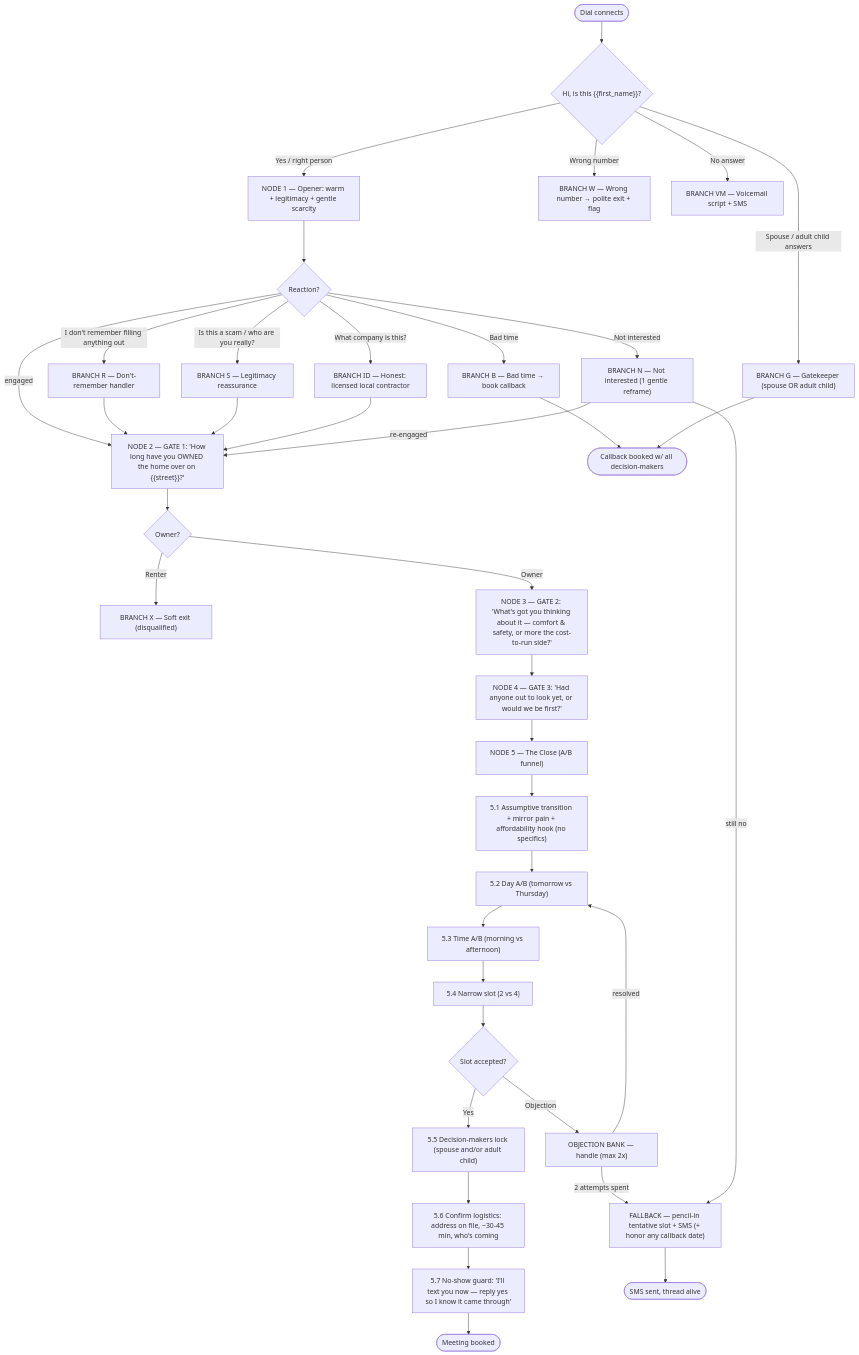
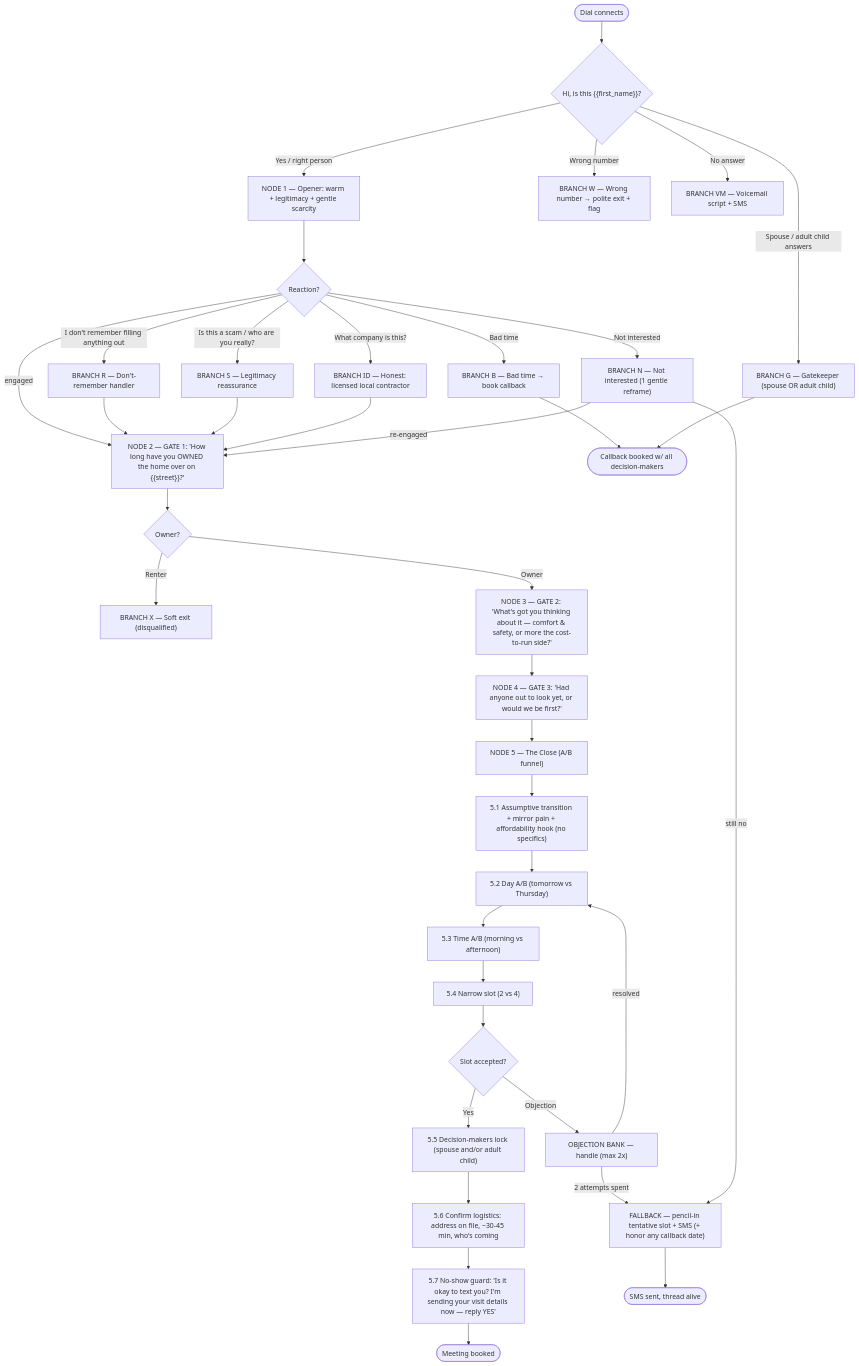
The diagram in docs/plans/voip-campaigns/senior-residential-assistance-booking-call-script.md (OlisDevSpot/tri-pros-website), drawn with Mermaid before and after one commit. The commit also changed other lines of this file and 6 other files, not shown here.

````diff
--- a/docs/plans/voip-campaigns/senior-residential-assistance-booking-call-script.md
+++ b/docs/plans/voip-campaigns/senior-residential-assistance-booking-call-script.md
@@ -52,48 +52,48 @@
 ```mermaid
 flowchart TD
     START([Dial connects]) --> ID{"Hi, is this {{first_name}}?"}
 
     ID -->|"Yes / right person"| OPENER["NODE 1 — Opener: warm + legitimacy + gentle scarcity"]
     ID -->|"Spouse / adult child answers"| GATE["BRANCH G — Gatekeeper (spouse OR adult child)"]
     ID -->|"Wrong number"| WRONG["BRANCH W — Wrong number → polite exit + flag"]
     ID -->|"No answer"| VM["BRANCH VM — Voicemail script + SMS"]
 
     OPENER --> DKNOW{"Reaction?"}
     DKNOW -->|"engaged"| Q1
     DKNOW -->|"I don't remember filling anything out"| DREMEMBER["BRANCH R — Don't-remember handler"]
     DKNOW -->|"Is this a scam / who are you really?"| SCAM["BRANCH S — Legitimacy reassurance"]
     DKNOW -->|"Not interested"| NOTINT["BRANCH N — Not interested (1 gentle reframe)"]
     DKNOW -->|"Bad time"| BADTIME["BRANCH B — Bad time → book callback"]
     DKNOW -->|"What company is this?"| WHOIS["BRANCH ID — Honest: licensed local contractor"]
     DREMEMBER --> Q1
     SCAM --> Q1
     WHOIS --> Q1
 
     Q1["NODE 2 — GATE 1: 'How long have you OWNED the home over on {{street}}?'"] --> OWNCHK{"Owner?"}
     OWNCHK -->|"Renter"| RENTER["BRANCH X — Soft exit (disqualified)"]
     OWNCHK -->|"Owner"| Q2["NODE 3 — GATE 2: 'What's got you thinking about it — comfort & safety, or more the cost-to-run side?'"]
 
     Q2 --> Q3["NODE 4 — GATE 3: 'Had anyone out to look yet, or would we be first?'"]
     Q3 --> CLOSE["NODE 5 — The Close (A/B funnel)"]
 
     CLOSE --> C1["5.1 Assumptive transition + mirror pain + affordability hook (no specifics)"]
     C1 --> C2["5.2 Day A/B (tomorrow vs Thursday)"]
     C2 --> C3["5.3 Time A/B (morning vs afternoon)"]
     C3 --> C4["5.4 Narrow slot (2 vs 4)"]
     C4 --> LOCK{"Slot accepted?"}
 
     LOCK -->|"Yes"| DM["5.5 Decision-makers lock (spouse and/or adult child)"]
     LOCK -->|"Objection"| OBJ["OBJECTION BANK — handle (max 2x)"]
     OBJ -->|"resolved"| C2
     OBJ -->|"2 attempts spent"| PENCIL["FALLBACK — pencil-in tentative slot + SMS (+ honor any callback date)"]
 
     DM --> CONFIRM["5.6 Confirm logistics: address on file, ~30-45 min, who's coming"]
-    CONFIRM --> GUARD["5.7 No-show guard: 'I'll text you now — reply yes so I know it came through'"]
+    CONFIRM --> GUARD["5.7 No-show guard: 'Is it okay to text you? I'm sending your visit details now — reply YES'"]
     GUARD --> WON([Meeting booked])
     PENCIL --> SMS([SMS sent, thread alive])
 
     NOTINT -->|"re-engaged"| Q1
     NOTINT -->|"still no"| PENCIL
     BADTIME --> CBK([Callback booked w/ all decision-makers])
     GATE --> CBK
 ```
````
